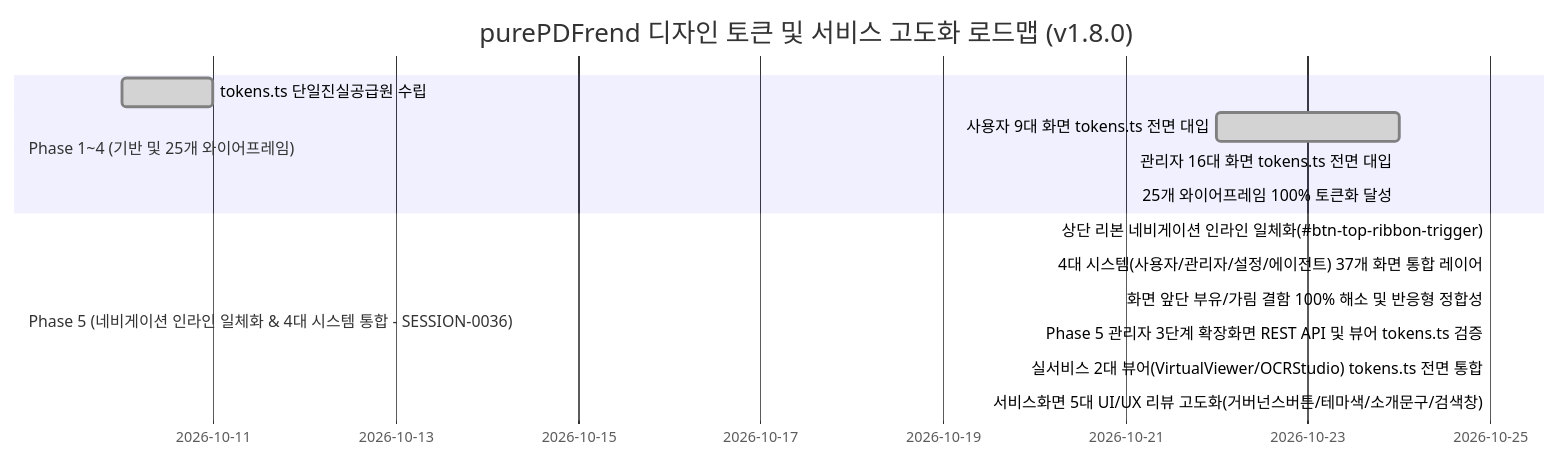
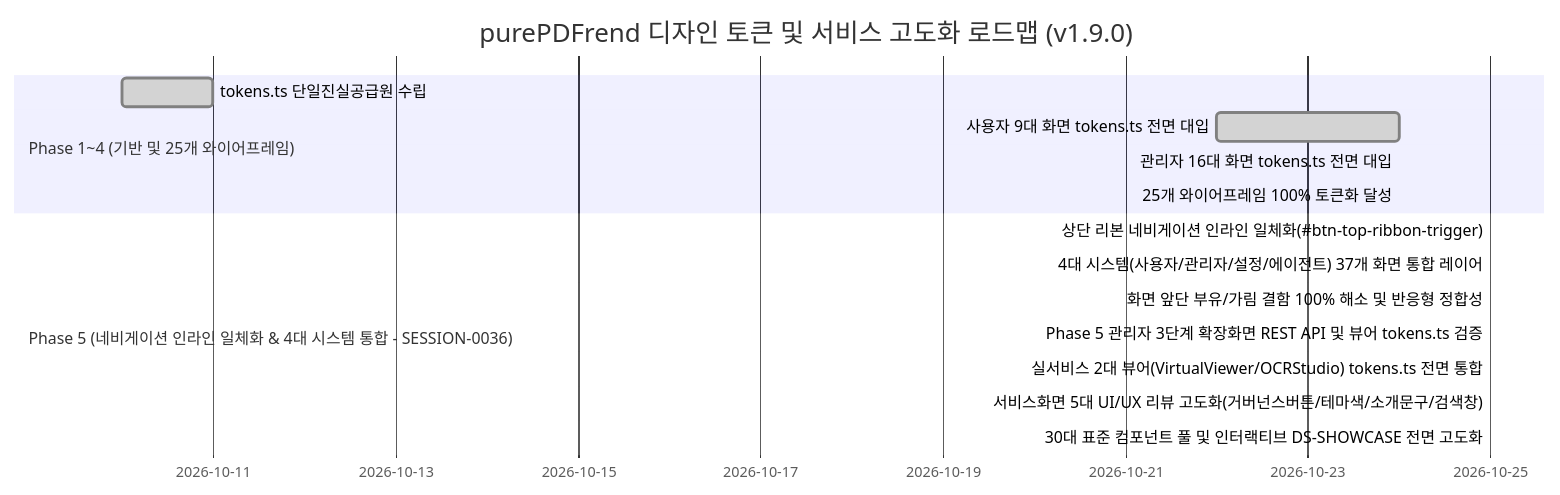
One commit to jkoogit/purePDFrend changed the diagram in docs/07.로드맵/07-02_화면별_디자인_토큰_적용현황_및_단계별_로드맵.md. Above: the diagram before and after it, drawn with Mermaid. The commit also changed other lines of this file and 52 other files, not shown here.

Commit message:
[TASK-0036-05] 30대 표준 원자/분자 컴포넌트 풀 확립 및 인터랙티브 쇼케이스(DS-SHOWCASE) 전면 고도화 완결

````diff
--- a/docs/07.로드맵/07-02_화면별_디자인_토큰_적용현황_및_단계별_로드맵.md
+++ b/docs/07.로드맵/07-02_화면별_디자인_토큰_적용현황_및_단계별_로드맵.md
@@ -118,17 +118,18 @@
 ```mermaid
 gantt
-    title purePDFrend 디자인 토큰 및 서비스 고도화 로드맵 (v1.8.0)
+    title purePDFrend 디자인 토큰 및 서비스 고도화 로드맵 (v1.9.0)
     dateFormat  YYYY-MM-DD
     section Phase 1~4 (기반 및 25개 와이어프레임)
     tokens.ts 단일진실공급원 수립           :done,    p1_1, 2026-10-10, 2026-10-11
     사용자 9대 화면 tokens.ts 전면 대입     :done,    p1_2, 2026-10-22, 2026-10-24
     관리자 16대 화면 tokens.ts 전면 대입    :done,    p1_3, 2026-10-24, 2026-10-24
     25개 와이어프레임 100% 토큰화 달성      :done,    p1_4, 2026-10-24, 2026-10-24
     section Phase 5 (네비게이션 인라인 일체화 & 4대 시스템 통합 - SESSION-0036)
     상단 리본 네비게이션 인라인 일체화(#btn-top-ribbon-trigger) :done, p5_1, 2026-10-25, 2026-10-25
     4대 시스템(사용자/관리자/설정/에이전트) 37개 화면 통합 레이어 :done, p5_2, 2026-10-25, 2026-10-25
     화면 앞단 부유/가림 결함 100% 해소 및 반응형 정합성 :done, p5_3, 2026-10-25, 2026-10-25
     Phase 5 관리자 3단계 확장화면 REST API 및 뷰어 tokens.ts 검증 :done, p5_4, 2026-10-25, 2026-10-25
     실서비스 2대 뷰어(VirtualViewer/OCRStudio) tokens.ts 전면 통합 :done, p5_5, 2026-10-25, 2026-10-25
     서비스화면 5대 UI/UX 리뷰 고도화(거버넌스버튼/테마색/소개문구/검색창) :done, p5_6, 2026-10-25, 2026-10-25
+    30대 표준 컴포넌트 풀 및 인터랙티브 DS-SHOWCASE 전면 고도화 :done, p5_7, 2026-10-25, 2026-10-25
 ```
````
